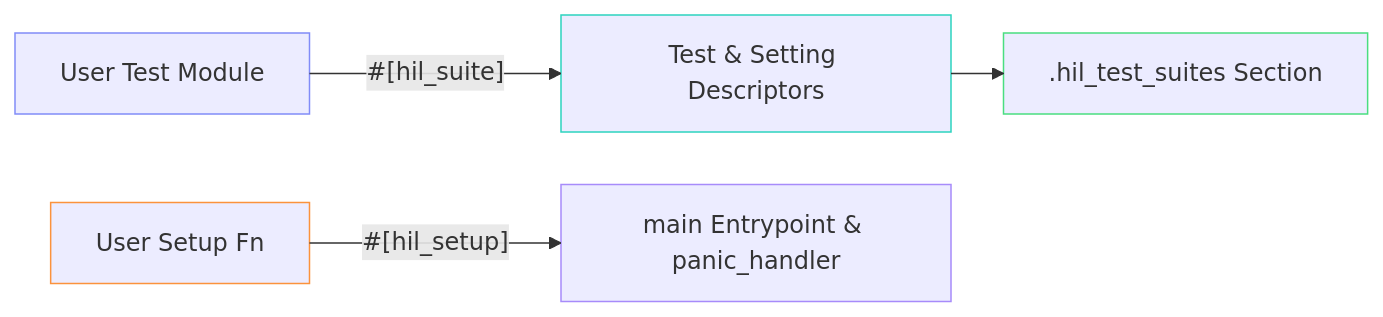
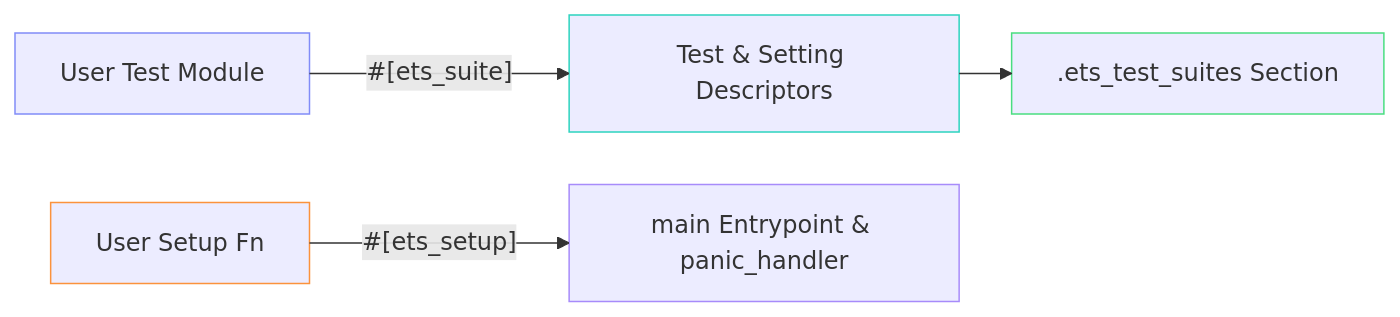
Before and after one commit to Dyse-Industries/control-rs: the diagram in control-rs-macros/README.md, drawn with Mermaid. The commit also changed other lines of this file and 208 other files, not shown here.

````diff
--- a/control-rs-macros/README.md
+++ b/control-rs-macros/README.md
@@ -18,22 +18,22 @@
 ```mermaid
 ---
 config:
   layout: elk
 ---
 graph LR
-    UserCode[User Test Module] -->|"#[hil_suite]"| MacroExpansion[Test & Setting Descriptors]
-    UserSetup[User Setup Fn] -->|"#[hil_setup]"| Entrypoint[main Entrypoint & panic_handler]
-    MacroExpansion --> Linker[.hil_test_suites Section]
+    UserCode[User Test Module] -->|"#[ets_suite]"| MacroExpansion[Test & Setting Descriptors]
+    UserSetup[User Setup Fn] -->|"#[ets_setup]"| Entrypoint[main Entrypoint & panic_handler]
+    MacroExpansion --> Linker[.ets_test_suites Section]
     
     classDef testModule stroke:#818cf8
     classDef macro stroke:#2dd4bf
     classDef setup stroke:#fb923c
     classDef entrypoint stroke:#a78bfa
     classDef linker stroke:#4ade80
     
     class UserCode testModule
     class MacroExpansion macro
     class UserSetup setup
     class Entrypoint entrypoint
     class Linker linker
 ```
````
